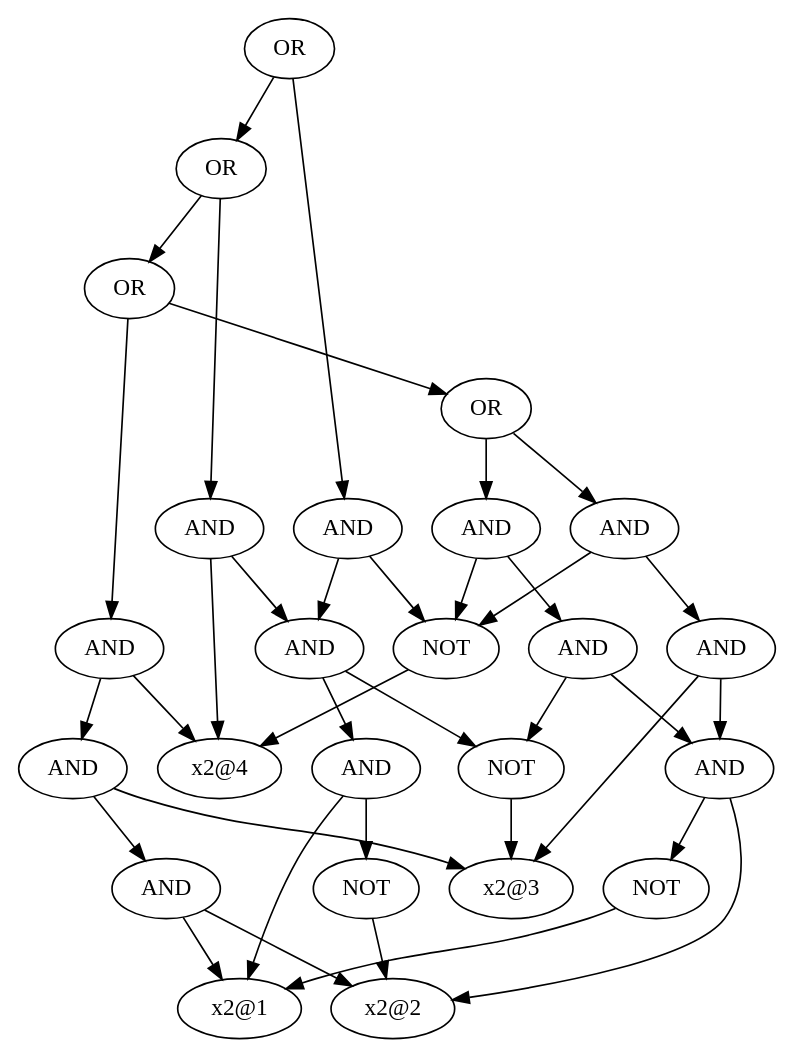
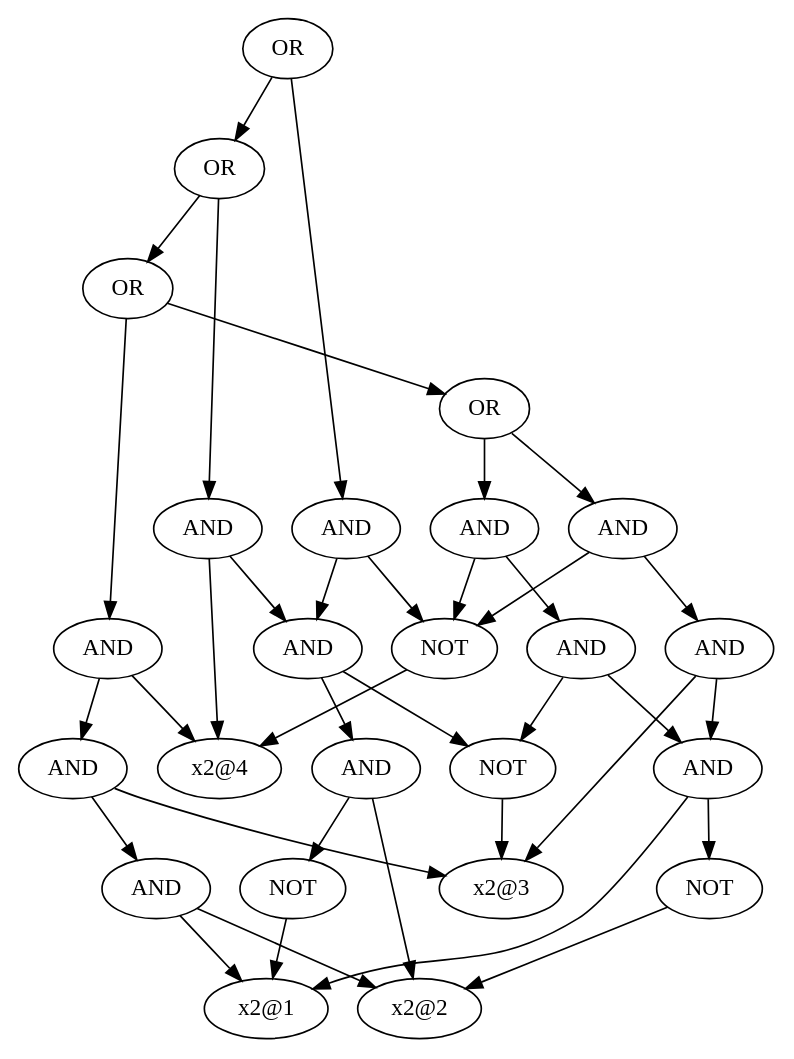
One commit to toda-lab/pygplib changed the diagram in data/t3.dot. Above: the diagram before and after it, drawn with Graphviz. The commit also changed 11 other files, not shown here.

```diff
--- a/data/t3.dot
+++ b/data/t3.dot
@@ -1,62 +1,62 @@
 digraph output {
-	140554792033872 [label = OR]
-	140554792033776 [label = OR]
-	140554792033632 [label = OR]
-	140554792033536 [label = OR]
-	140554792032480 [label = AND]
-	140554792032384 [label = AND]
-	140554792032288 [label = AND]
-	140554792032144 [label = NOT]
-	140554791940048 [label = "x2@1"]
-	140554792032144 -> 140554791940048
-	140554791937840 [label = "x2@2"]
-	140554792032288 -> 140554792032144
-	140554792032288 -> 140554791937840
-	140554791937360 [label = "x2@3"]
-	140554792032384 -> 140554792032288
-	140554792032384 -> 140554791937360
-	140554792032240 [label = NOT]
-	140554791937504 [label = "x2@4"]
-	140554792032240 -> 140554791937504
-	140554792032480 -> 140554792032384
-	140554792032480 -> 140554792032240
-	140554792032768 [label = AND]
-	140554792032720 [label = AND]
-	140554792032528 [label = NOT]
-	140554792032528 -> 140554791937360
-	140554792032720 -> 140554792032288
-	140554792032720 -> 140554792032528
-	140554792032768 -> 140554792032720
-	140554792032768 -> 140554792032240
-	140554792033536 -> 140554792032480
-	140554792033536 -> 140554792032768
-	140554792033056 [label = AND]
-	140554792033008 [label = AND]
-	140554792032912 [label = AND]
-	140554792032912 -> 140554791940048
-	140554792032912 -> 140554791937840
-	140554792033008 -> 140554792032912
-	140554792033008 -> 140554791937360
-	140554792033056 -> 140554792033008
-	140554792033056 -> 140554791937504
-	140554792033632 -> 140554792033536
-	140554792033632 -> 140554792033056
-	140554792033440 [label = AND]
-	140554792033344 [label = AND]
-	140554792033152 [label = AND]
-	140554792033200 [label = NOT]
-	140554792033200 -> 140554791937840
-	140554792033152 -> 140554791940048
-	140554792033152 -> 140554792033200
-	140554792033344 -> 140554792033152
-	140554792033344 -> 140554792032528
-	140554792033440 -> 140554792033344
-	140554792033440 -> 140554791937504
-	140554792033776 -> 140554792033632
-	140554792033776 -> 140554792033440
-	140554792033488 [label = AND]
-	140554792033488 -> 140554792033344
-	140554792033488 -> 140554792032240
-	140554792033872 -> 140554792033776
-	140554792033872 -> 140554792033488
+	140636829264288 [label = OR]
+	140636829264192 [label = OR]
+	140636829264048 [label = OR]
+	140636829263952 [label = OR]
+	140636829262896 [label = AND]
+	140636829262800 [label = AND]
+	140636829262704 [label = AND]
+	140636835952624 [label = "x2@1"]
+	140636829262560 [label = NOT]
+	140636835952720 [label = "x2@2"]
+	140636829262560 -> 140636835952720
+	140636829262704 -> 140636835952624
+	140636829262704 -> 140636829262560
+	140636835952864 [label = "x2@3"]
+	140636829262800 -> 140636829262704
+	140636829262800 -> 140636835952864
+	140636829262656 [label = NOT]
+	140636835953008 [label = "x2@4"]
+	140636829262656 -> 140636835953008
+	140636829262896 -> 140636829262800
+	140636829262896 -> 140636829262656
+	140636829263184 [label = AND]
+	140636829263136 [label = AND]
+	140636829262944 [label = NOT]
+	140636829262944 -> 140636835952864
+	140636829263136 -> 140636829262704
+	140636829263136 -> 140636829262944
+	140636829263184 -> 140636829263136
+	140636829263184 -> 140636829262656
+	140636829263952 -> 140636829262896
+	140636829263952 -> 140636829263184
+	140636829263472 [label = AND]
+	140636829263424 [label = AND]
+	140636829263328 [label = AND]
+	140636829263328 -> 140636835952624
+	140636829263328 -> 140636835952720
+	140636829263424 -> 140636829263328
+	140636829263424 -> 140636835952864
+	140636829263472 -> 140636829263424
+	140636829263472 -> 140636835953008
+	140636829264048 -> 140636829263952
+	140636829264048 -> 140636829263472
+	140636829263856 [label = AND]
+	140636829263760 [label = AND]
+	140636829263568 [label = AND]
+	140636829263616 [label = NOT]
+	140636829263616 -> 140636835952624
+	140636829263568 -> 140636829263616
+	140636829263568 -> 140636835952720
+	140636829263760 -> 140636829263568
+	140636829263760 -> 140636829262944
+	140636829263856 -> 140636829263760
+	140636829263856 -> 140636835953008
+	140636829264192 -> 140636829264048
+	140636829264192 -> 140636829263856
+	140636829263904 [label = AND]
+	140636829263904 -> 140636829263760
+	140636829263904 -> 140636829262656
+	140636829264288 -> 140636829264192
+	140636829264288 -> 140636829263904
 }
```
